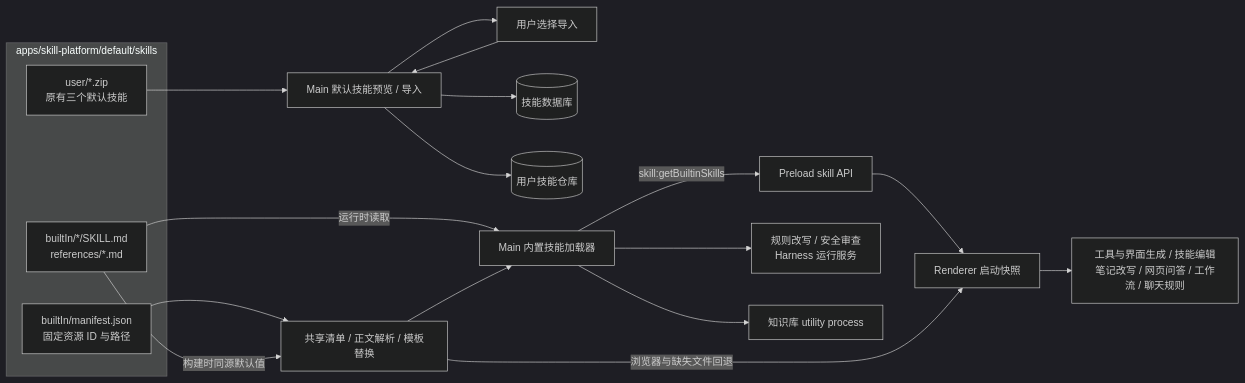
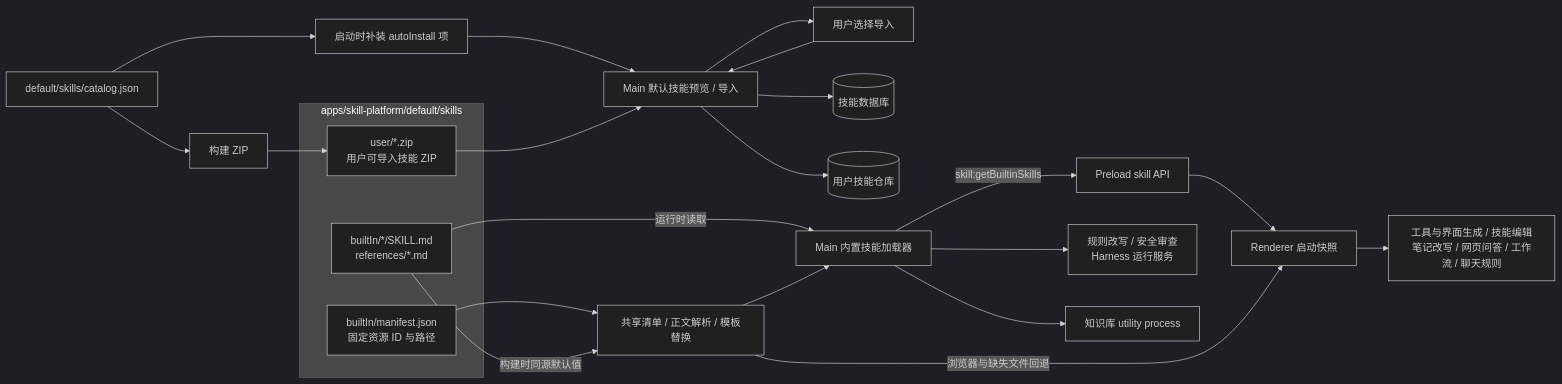
The first of 3 diagrams in docs/architecture/skill-resources.md (zhangxinggang/momo-ai), drawn with Mermaid (dark theme) before and after one commit. The commit also changed other lines of this file and 39 other files, not shown here.

````diff
--- a/docs/architecture/skill-resources.md
+++ b/docs/architecture/skill-resources.md
@@ -5,23 +5,27 @@
 ```mermaid
 flowchart LR
   subgraph Defaults["apps/skill-platform/default/skills"]
-    UserZip["user/*.zip<br/>原有三个默认技能"]
+    UserZip["user/*.zip<br/>用户可导入技能 ZIP"]
     Builtin["builtIn/*/SKILL.md<br/>references/*.md"]
     Manifest["builtIn/manifest.json<br/>固定资源 ID 与路径"]
   end
+  SourceCatalog[default/skills/catalog.json] --> Build[构建 ZIP]
+  Build --> UserZip
+  SourceCatalog --> Startup[启动时补装 autoInstall 项]
+  Startup --> Preview
   UserZip --> Preview["Main 默认技能预览 / 导入"]
   Preview --> UserUI[用户选择导入]
   UserUI --> Preview
   Preview --> Database[(技能数据库)]
   Preview --> Repository[(用户技能仓库)]
   Manifest --> Catalog[共享清单 / 正文解析 / 模板替换]
   Builtin -->|构建时同源默认值| Catalog
   Builtin -->|运行时读取| Loader["Main 内置技能加载器"]
   Catalog --> Loader
   Loader -->|skill:getBuiltinSkills| Preload[Preload skill API]
   Preload --> Snapshot[Renderer 启动快照]
   Snapshot --> Features["工具与界面生成 / 技能编辑<br/>笔记改写 / 网页问答 / 工作流 / 聊天规则"]
   Catalog -->|浏览器与缺失文件回退| Snapshot
   Loader --> MainFeatures["规则改写 / 安全审查<br/>Harness 运行服务"]
   Loader --> Worker[知识库 utility process]
 ```
````
